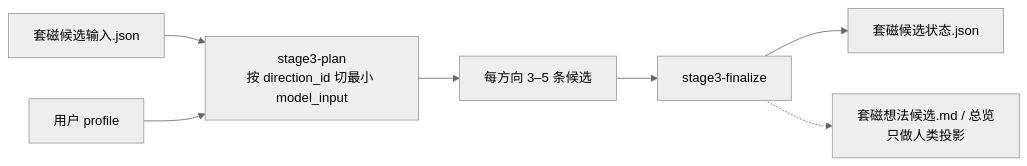
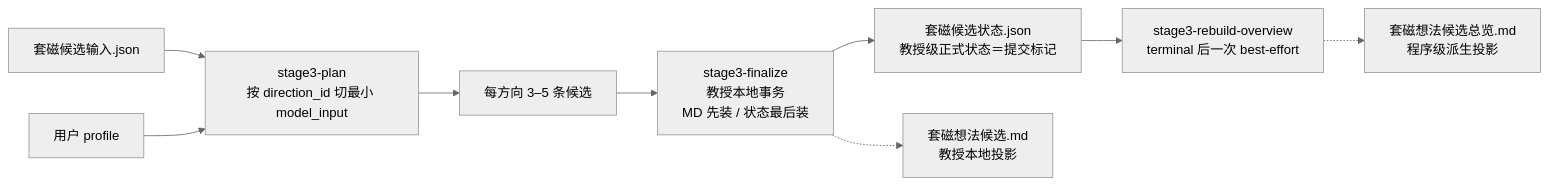
Before and after one commit to ScholarWorkflow/professor-contact: the fifth of 10 diagrams in .apm/skills/professor-contact/docs/workflow-reference.md, drawn with Mermaid (neutral theme). The commit also changed other lines of this file and 5 other files, not shown here.

First line of the commit message:
feat: make Stage 3 commits professor-local with a derived overview

````diff
--- a/.apm/skills/professor-contact/docs/workflow-reference.md
+++ b/.apm/skills/professor-contact/docs/workflow-reference.md
@@ -197,14 +197,17 @@
 ```mermaid
 flowchart LR
     I["套磁候选输入.json"]
     PROFILE["用户 profile"]
     PLAN["stage3-plan<br/>按 direction_id 切最小 model_input"]
     MODEL["每方向 3–5 条候选"]
-    FIN["stage3-finalize"]
-    ST["套磁候选状态.json"]
-    MD["套磁想法候选.md / 总览<br/>只做人类投影"]
+    FIN["stage3-finalize<br/>教授本地事务<br/>MD 先装 / 状态最后装"]
+    ST["套磁候选状态.json<br/>教授级正式状态＝提交标记"]
+    MD["套磁想法候选.md<br/>教授本地投影"]
+    REB["stage3-rebuild-overview<br/>terminal 后一次 best-effort"]
+    OV["套磁想法候选总览.md<br/>程序级派生投影"]
 
     I --> PLAN
     PROFILE --> PLAN --> MODEL --> FIN --> ST
     FIN -.-> MD
+    ST --> REB -.-> OV
 ```
````
